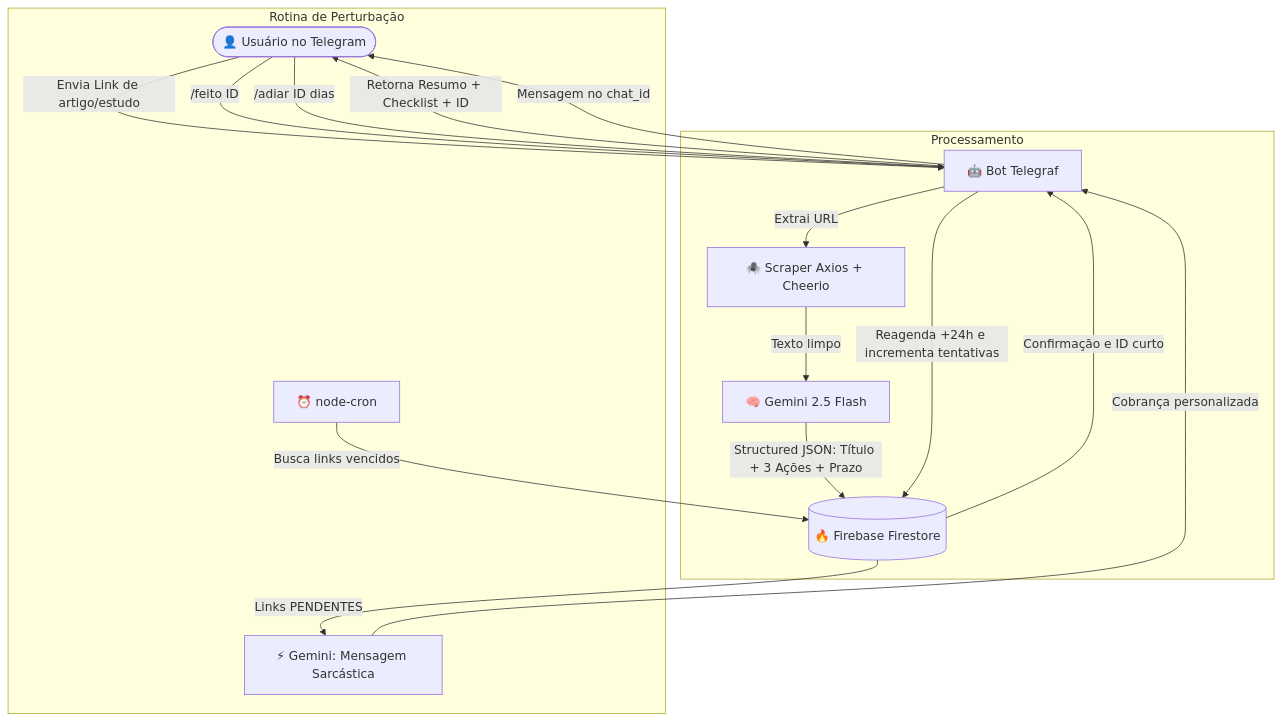
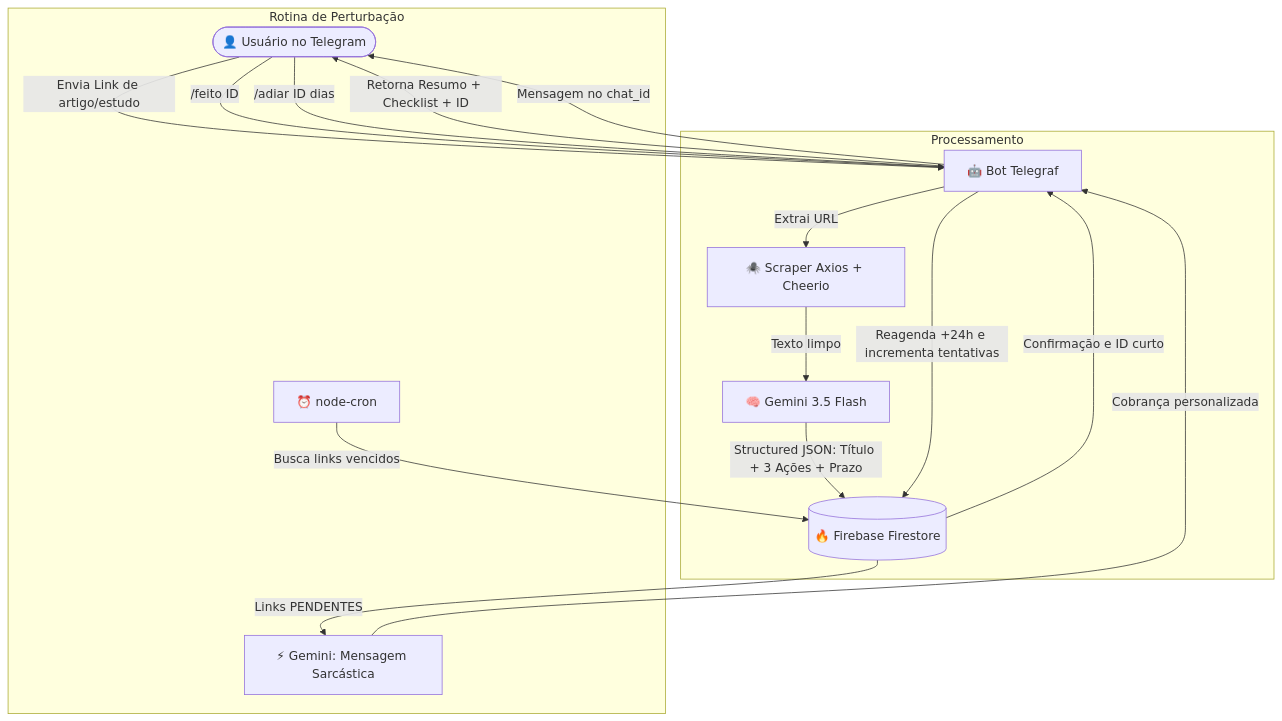
Before and after one commit to DevColares/Agiota-de-Ideias: the diagram in README.md, drawn with Mermaid. The commit also changed other lines of this file and 3 other files, not shown here.

First line of the commit message:
chore(gemini): update model from 2.5 Flash to 3.5 Flash

````diff
--- a/README.md
+++ b/README.md
@@ -10,24 +10,24 @@
 ```mermaid
 flowchart TD
     User([👤 Usuário no Telegram]) -->|Envia Link de artigo/estudo| Bot[🤖 Bot Telegraf]
     
     subgraph Processamento
         Bot -->|Extrai URL| Scraper[🕷️ Scraper Axios + Cheerio]
-        Scraper -->|Texto limpo| Gemini[🧠 Gemini 2.5 Flash]
+        Scraper -->|Texto limpo| Gemini[🧠 Gemini 3.5 Flash]
         Gemini -->|Structured JSON: Título + 3 Ações + Prazo| Firestore[(🔥 Firebase Firestore)]
         Firestore -->|Confirmação e ID curto| Bot
     end
     
     Bot -->|Retorna Resumo + Checklist + ID| User
     
     subgraph Cobranca [Rotina de Perturbação]
         Cron[⏰ node-cron] -->|Busca links vencidos| Firestore
         Firestore -->|Links PENDENTES| GenAI[⚡ Gemini: Mensagem Sarcástica]
         GenAI -->|Cobrança personalizada| Bot
         Bot -->|Mensagem no chat_id| User
         Bot -->|Reagenda +24h e incrementa tentativas| Firestore
     end
     
     User -->|/feito ID| Bot
     User -->|/adiar ID dias| Bot
 ```
````
